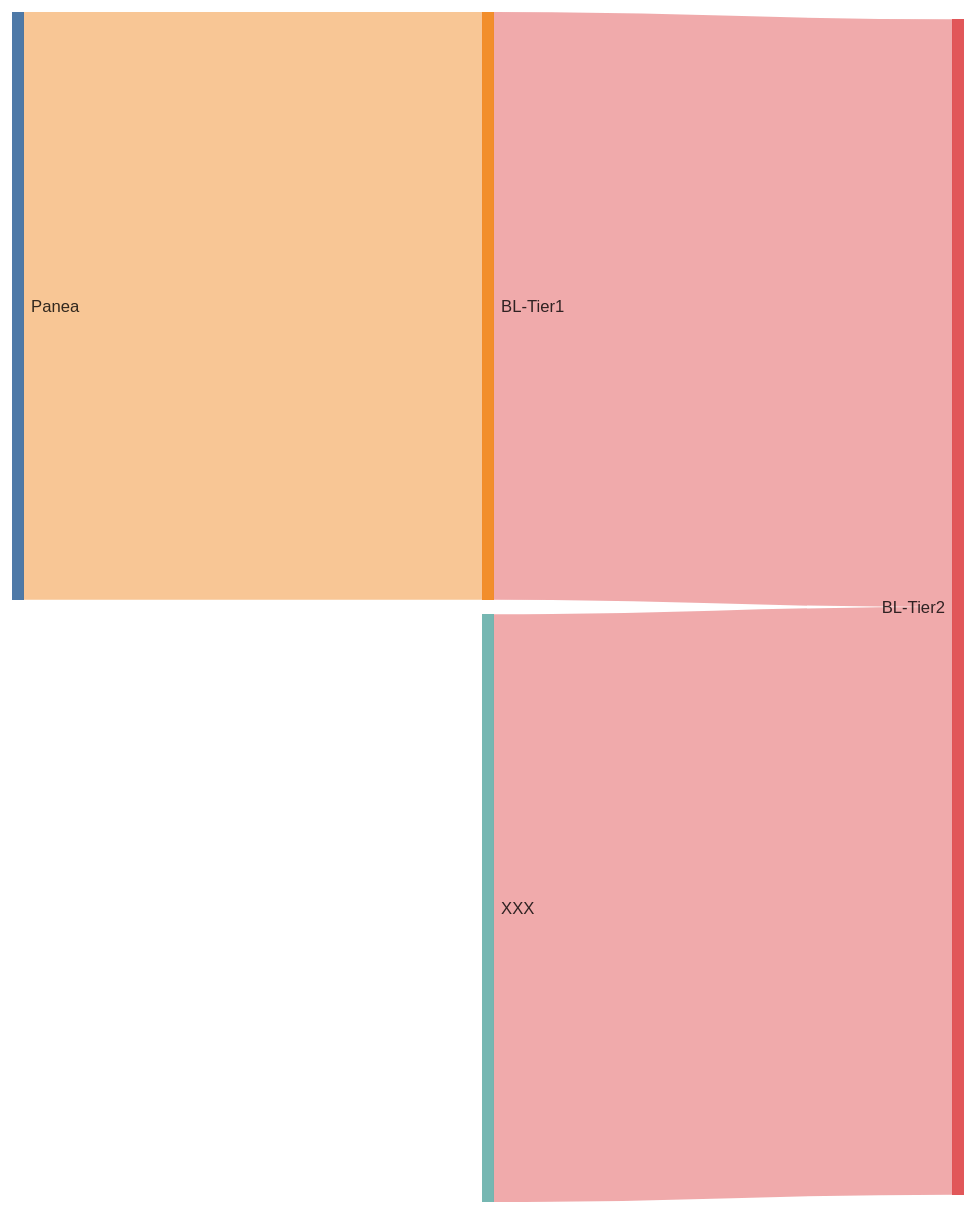
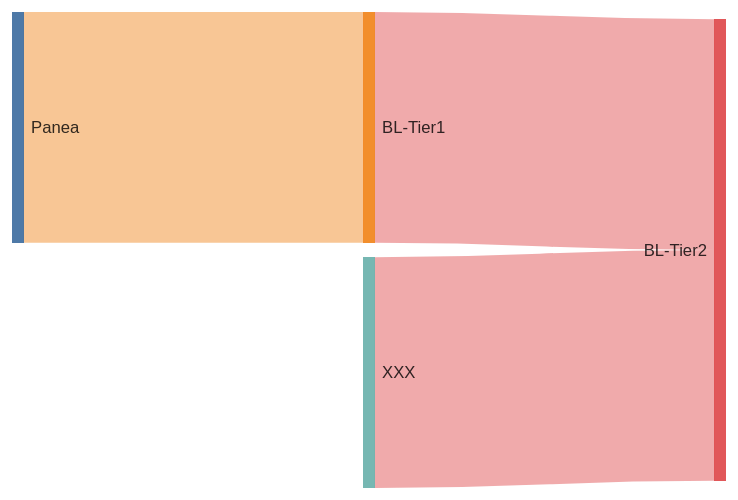
Before and after one commit to morinlab/lymphopedia: the diagram in sankey_test.md, drawn with Mermaid.

````diff
--- a/sankey_test.md
+++ b/sankey_test.md
@@ -3,15 +3,15 @@
 ```mermaid
 ---
 config:
   sankey:
     showValues: false
     linkColor: target
-    width: 800
-    height: 1000
+    width: 600
+    height: 400
     nodeAlignment: right
 ---
 sankey-beta
 Panea, BL-Tier1, 1
 BL-Tier1, BL-Tier2, 1
 XXX, BL-Tier2, 1
 ```
````
